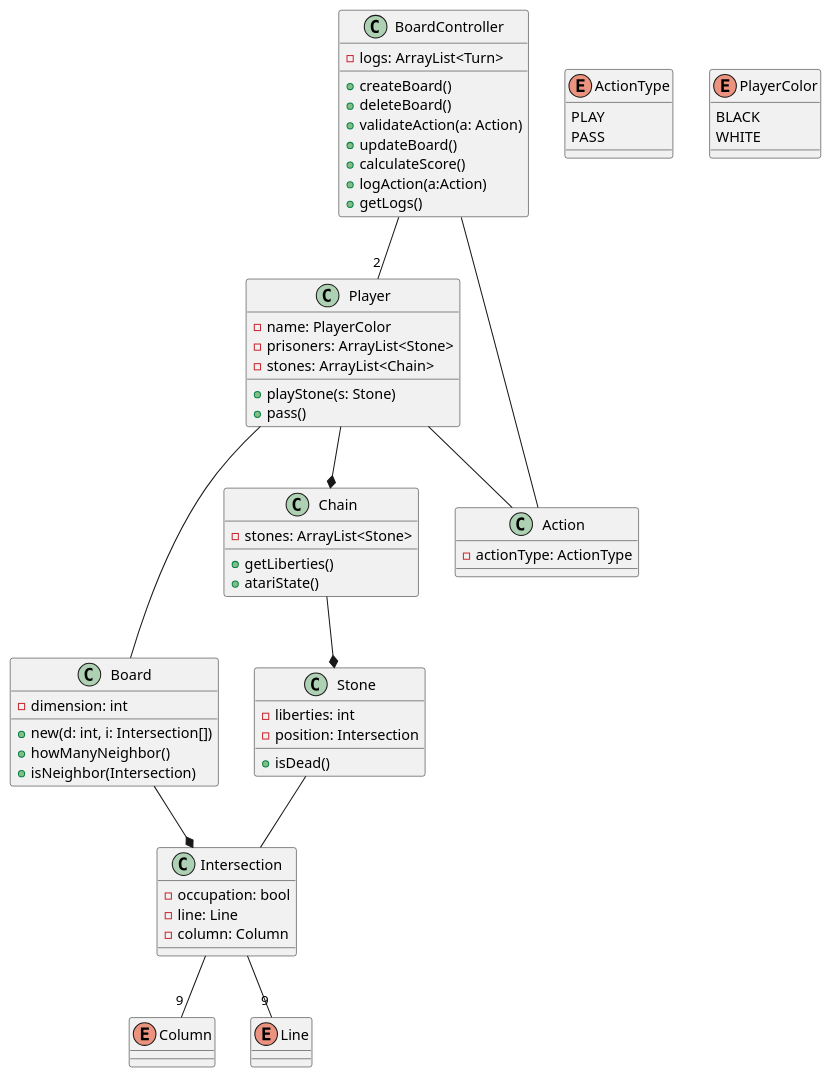
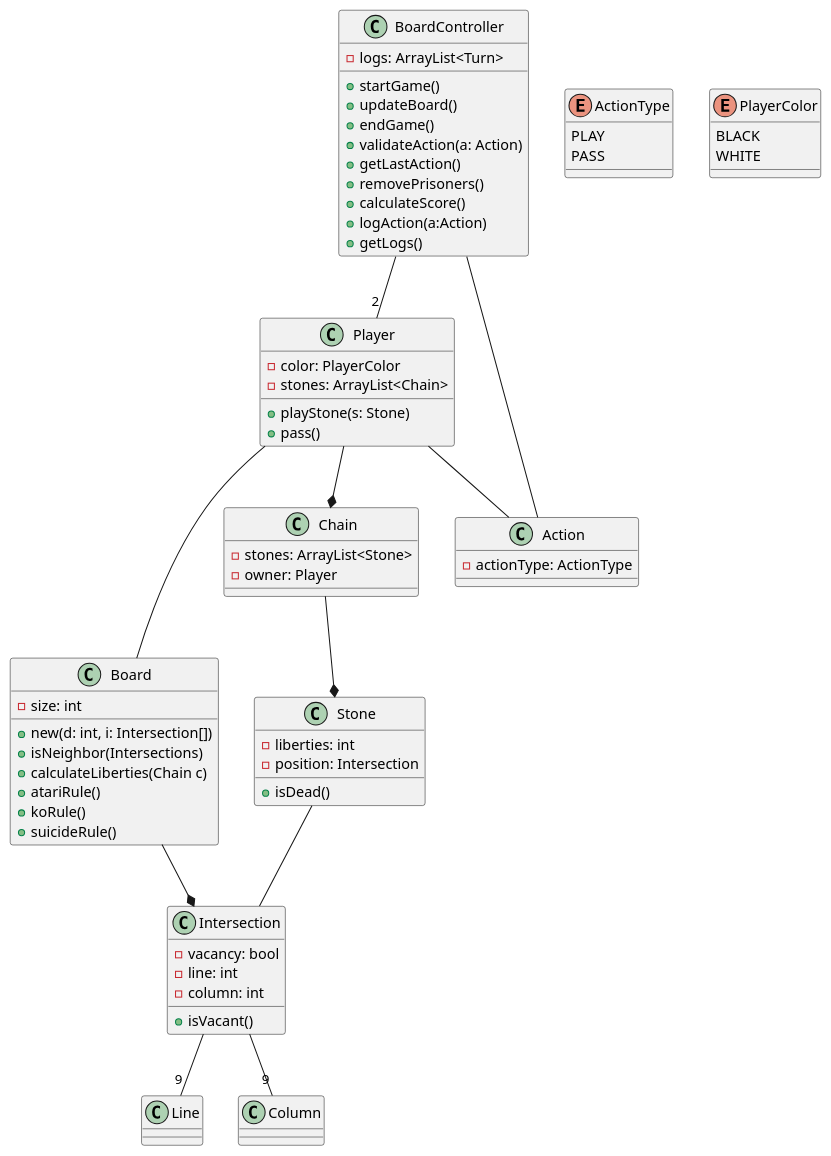
Before and after one commit to pierrelucueisd/compteurpoints-jeu-go-java: the diagram in conception/jk/Croquis.puml, drawn with PlantUML.

Commit message:
states, positions

```diff
--- a/conception/jk/Croquis.puml
+++ b/conception/jk/Croquis.puml
@@ -1,77 +1,79 @@
 @startuml
 
 class Player{
-- name: PlayerColor
-- prisoners: ArrayList<Stone>
+- color: PlayerColor
 - stones: ArrayList<Chain>
 + playStone(s: Stone)
 + pass()
 }
 class Board{
-- dimension: int
+- size: int
 + new(d: int, i: Intersection[])
-+ howManyNeighbor()
-+ isNeighbor(Intersection)
++ isNeighbor(Intersections)
++ calculateLiberties(Chain c)
++ atariRule()
++ koRule()
++ suicideRule()
 }
 
 class BoardController{
 - logs: ArrayList<Turn>
-+ createBoard()
-+ deleteBoard()
++ startGame()
++ updateBoard()
++ endGame()
 + validateAction(a: Action)
-+ updateBoard()
++ getLastAction()
++ removePrisoners()
 + calculateScore()
 + logAction(a:Action)
 + getLogs()
 
 }
 
 class Action{
 - actionType: ActionType
 }
 
 class Chain{
 - stones: ArrayList<Stone>
-+ getLiberties()
-+ atariState()
+- owner: Player
 }
-
 
 class Stone{
 - liberties: int
 - position: Intersection
 + isDead()
 }
+
 class Intersection{
-- occupation: bool
-- line: Line
-- column: Column
+- vacancy: bool
+- line: int
+- column: int
++ isVacant()
 }
 
 enum ActionType{
 PLAY
 PASS
 }
 
 enum PlayerColor{
 BLACK
 WHITE
 }
 
-enum Column{}
 
-enum Line{}
 
 
 Board --* Intersection
 Stone -- Intersection
 Player -- Board
 Chain --* Stone
 Player --* Chain
 BoardController -- Action
 BoardController --"2" Player
 Player -- Action
 Intersection --"9" Line
 Intersection --"9" Column
 
 @enduml
```
